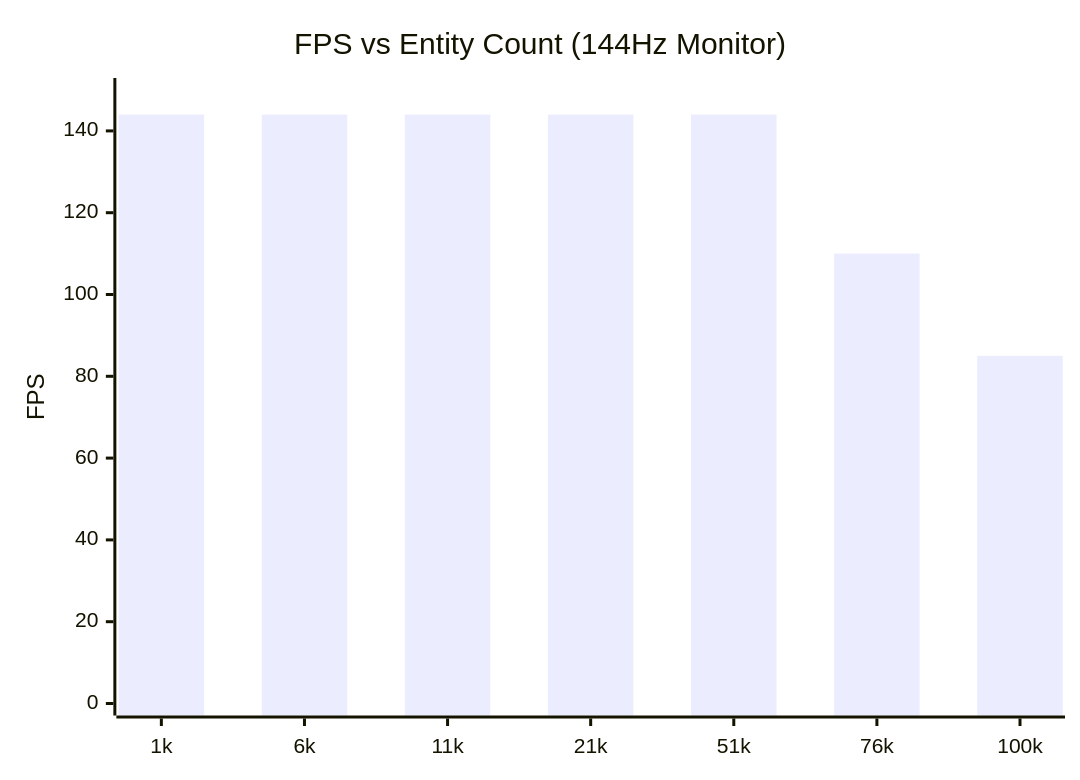
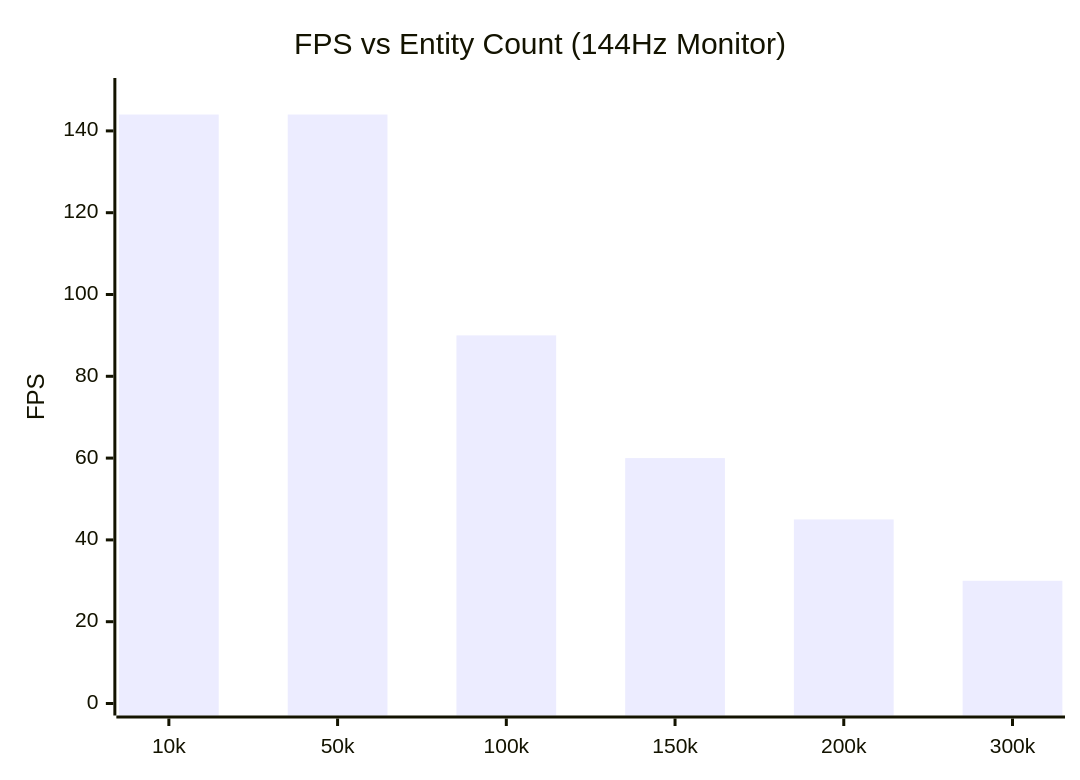
One commit to sofia-gros/pluto-engine changed the diagram in docs_site/en/performance.md. Above: the diagram before and after it, drawn with Mermaid. The commit also changed other lines of this file and 3 other files, not shown here.

````diff
--- a/docs_site/en/performance.md
+++ b/docs_site/en/performance.md
@@ -14,7 +31,7 @@
 ```mermaid
 xychart-beta
     title "FPS vs Entity Count (144Hz Monitor)"
-    x-axis ["1k", "6k", "11k", "21k", "51k", "76k", "100k"]
+    x-axis ["10k", "50k", "100k", "150k", "200k", "300k"]
     y-axis "FPS" 0 --> 150
-    bar [144, 144, 144, 144, 144, 110, 85]
+    bar [144, 144, 90, 60, 45, 30]
 ```
````
